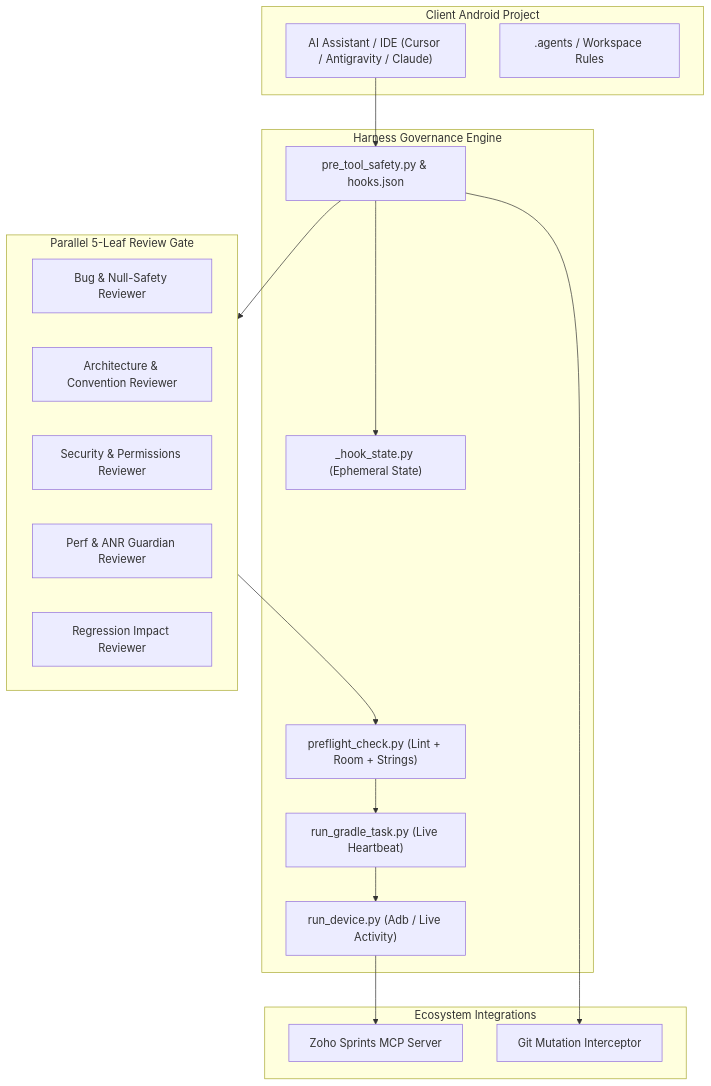
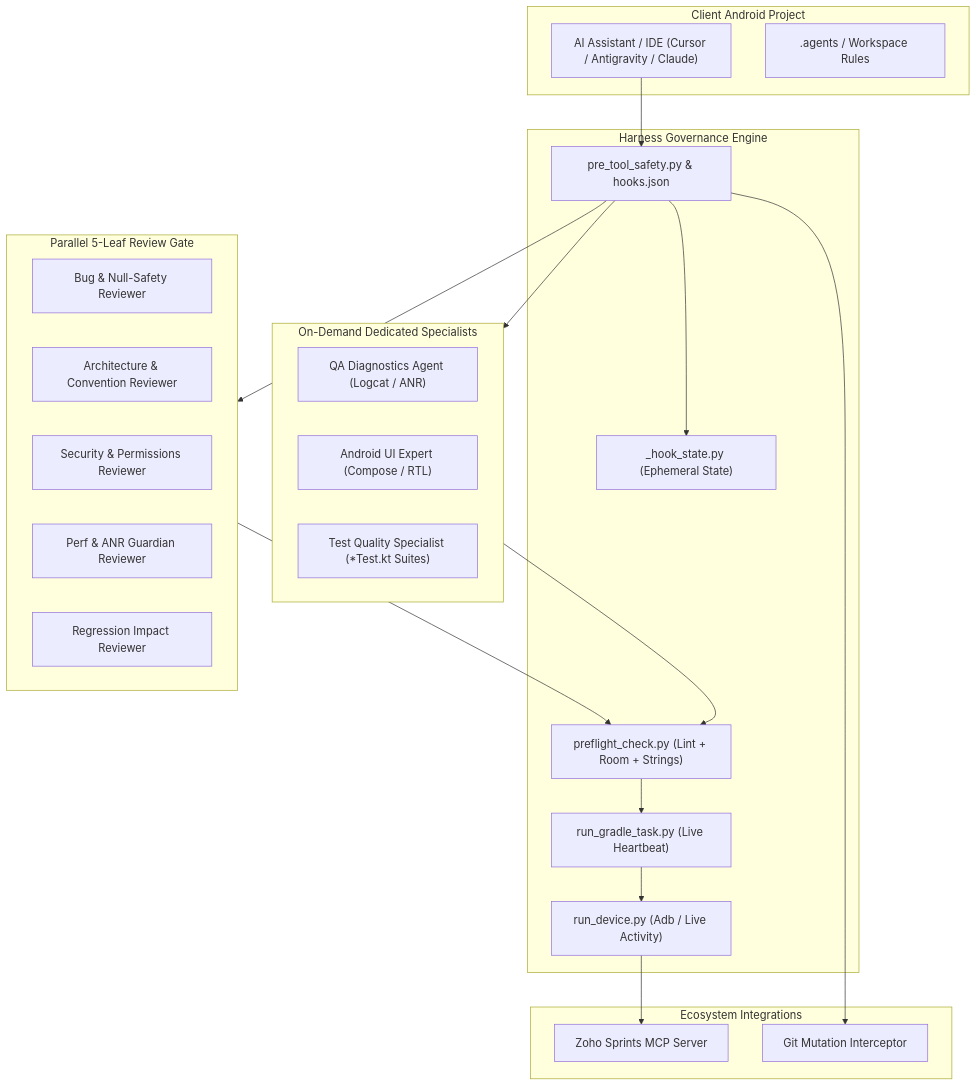
The diagram in docs/architecture.md (rabee-elkholy/android-agent-harness), drawn with Mermaid before and after one commit. The commit also changed other lines of this file and 10 other files, not shown here.

Commit message:
feat(specialists): integrate test-quality-reviewer-agent across all rules, workflows, adapters, and docs

````diff
--- a/docs/architecture.md
+++ b/docs/architecture.md
@@ -9,37 +9,45 @@
 ```mermaid
 graph TB
     subgraph Client ["Client Android Project"]
         IDE["AI Assistant / IDE (Cursor / Antigravity / Claude)"]
         FS[".agents / Workspace Rules"]
     end
 
     subgraph Governance ["Harness Governance Engine"]
         SafetyHooks["pre_tool_safety.py & hooks.json"]
         StateManager["_hook_state.py (Ephemeral State)"]
         Preflight["preflight_check.py (Lint + Room + Strings)"]
         GradleStream["run_gradle_task.py (Live Heartbeat)"]
         DeviceRunner["run_device.py (Adb / Live Activity)"]
     end
 
     subgraph Reviewers ["Parallel 5-Leaf Review Gate"]
         R1["Bug & Null-Safety Reviewer"]
         R2["Architecture & Convention Reviewer"]
         R3["Security & Permissions Reviewer"]
         R4["Perf & ANR Guardian Reviewer"]
         R5["Regression Impact Reviewer"]
     end
 
+    subgraph Specialists ["On-Demand Dedicated Specialists"]
+        S1["QA Diagnostics Agent (Logcat / ANR)"]
+        S2["Android UI Expert (Compose / RTL)"]
+        S3["Test Quality Specialist (*Test.kt Suites)"]
+    end
+
     subgraph Integrations ["Ecosystem Integrations"]
         ZohoMCP["Zoho Sprints MCP Server"]
         GitGuard["Git Mutation Interceptor"]
     end
 
     IDE --> SafetyHooks
     SafetyHooks --> StateManager
     SafetyHooks --> GitGuard
     SafetyHooks --> Reviewers
+    SafetyHooks --> Specialists
     Reviewers --> Preflight
+    Specialists --> Preflight
     Preflight --> GradleStream
     GradleStream --> DeviceRunner
     DeviceRunner --> ZohoMCP
 ```
````
